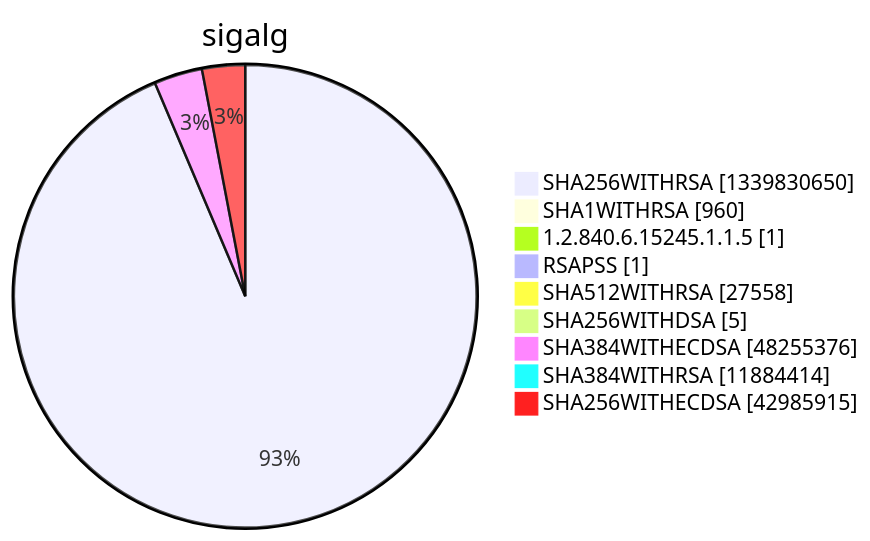
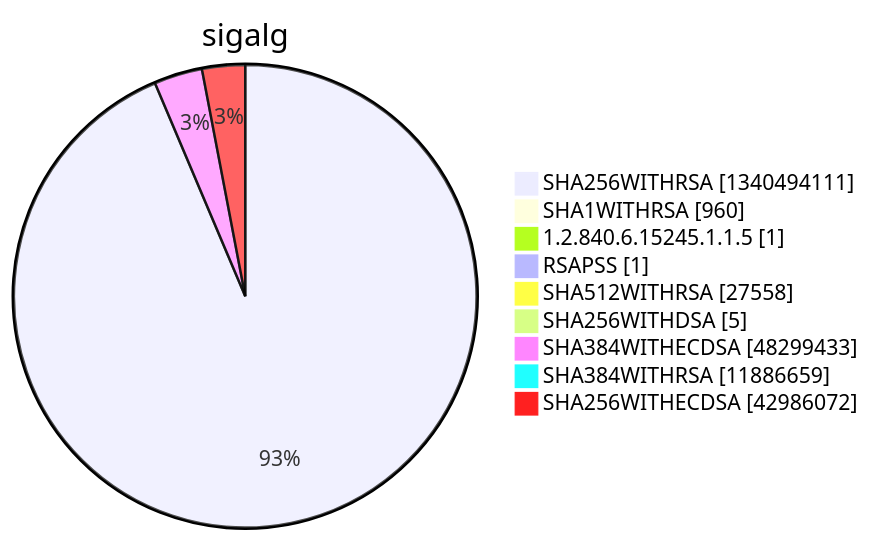
Before and after one commit to christiankrug/ctmonitor_visualization: diagram 15 of 15 in argon2022/README.md, drawn with Mermaid. The commit also changed other lines of this file, not shown here.

````diff
--- a/argon2022/README.md
+++ b/argon2022/README.md
@@ -5524,13 +5524,13 @@
 ```mermaid
 pie showData
 title sigalg
-"SHA256WITHRSA" :1339830650
+"SHA256WITHRSA" :1340494111
 "SHA1WITHRSA" :960
 "1.2.840.6.15245.1.1.5" :1
 "RSAPSS" :1
 "SHA512WITHRSA" :27558
 "SHA256WITHDSA" :5
-"SHA384WITHECDSA" :48255376
-"SHA384WITHRSA" :11884414
-"SHA256WITHECDSA" :42985915
+"SHA384WITHECDSA" :48299433
+"SHA384WITHRSA" :11886659
+"SHA256WITHECDSA" :42986072
 ```
````
